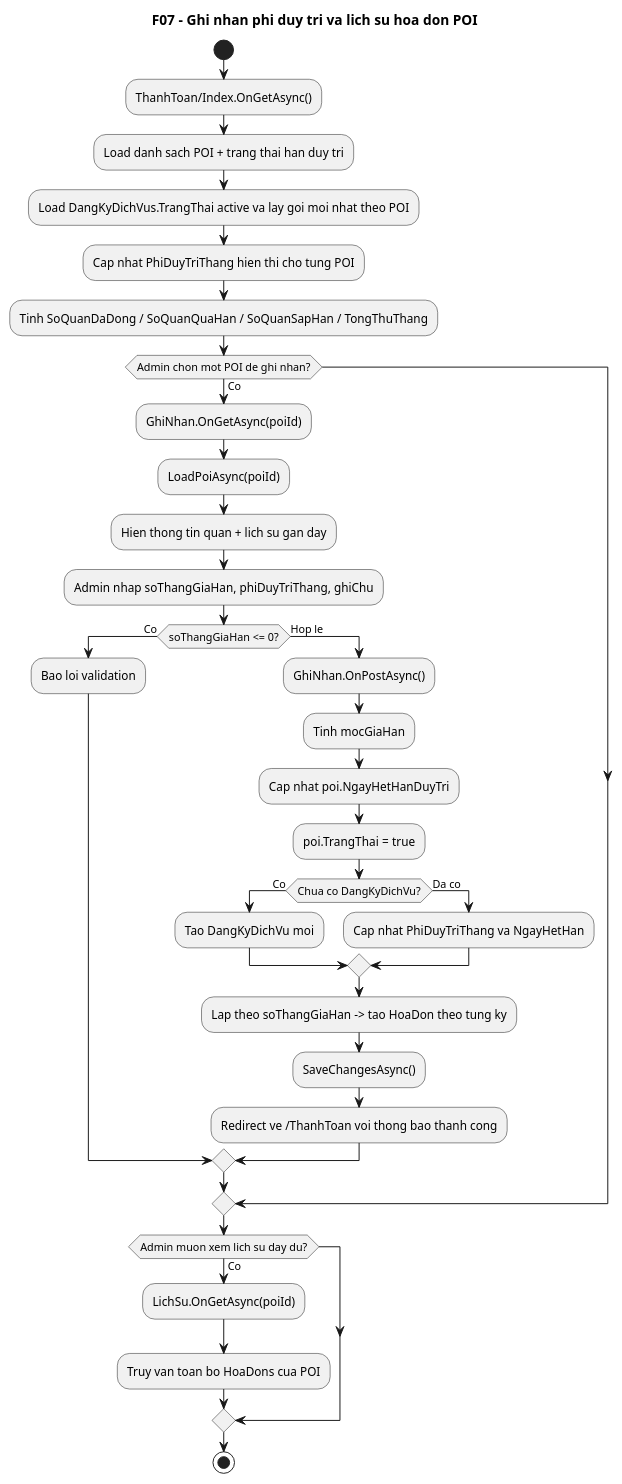
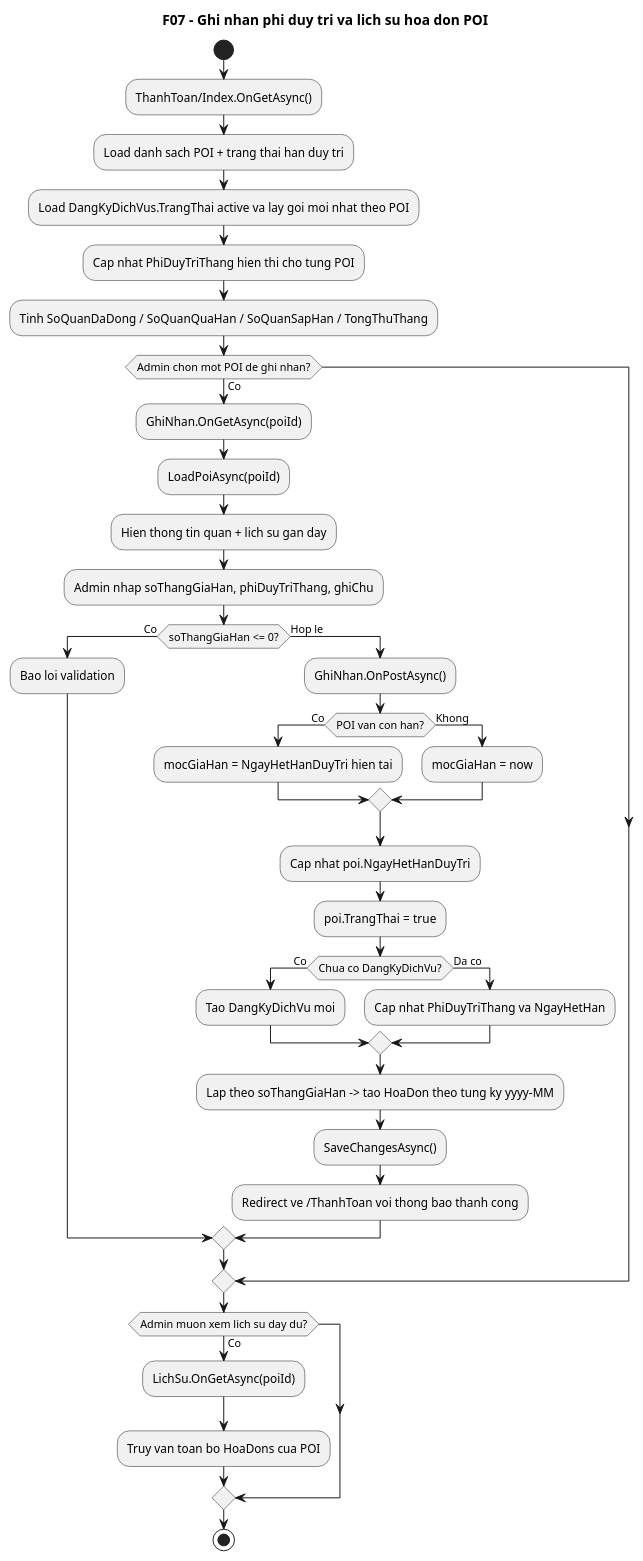
The diagram in docs/diagrams/07-maintenance-payment-activity.puml (VoBao182/PhoAmThuc), drawn with PlantUML before and after one commit. The commit also changed 11 other files, not shown here.

```diff
--- a/docs/diagrams/07-maintenance-payment-activity.puml
+++ b/docs/diagrams/07-maintenance-payment-activity.puml
@@ -1,51 +1,55 @@
 @startuml
 ' Diagram: F07 - Ghi nhan phi duy tri va lich su hoa don POI (Activity)
 ' Status: VERIFIED
 ' Baseline: branch master, current worktree @ HEAD 3158ff7
 ' Source:
 ' - VinhKhanhTour.CMS/Pages/ThanhToan/Index.cshtml.cs: OnGetAsync()
 ' - VinhKhanhTour.CMS/Pages/ThanhToan/GhiNhan.cshtml.cs: OnGetAsync(), OnPostAsync(), LoadPoiAsync()
 ' - VinhKhanhTour.CMS/Pages/ThanhToan/LichSu.cshtml.cs: OnGetAsync()
 ' - VinhKhanhTour.API/Models/POI.cs
 ' - VinhKhanhTour.API/Models/DangKyDichVu.cs
 ' - VinhKhanhTour.API/Models/HoaDon.cs
-' Note: Luong ghi nhan/gia han phi duy tri va truy van lich su hoa don da khop voi Razor PageModel hien tai.
+' Note: So do chi tiet hoa thong ke POI het han/sap han, gia han theo moc hien tai hoac ngay bay gio, va tao HoaDon theo tung ky thanh toan.
 title F07 - Ghi nhan phi duy tri va lich su hoa don POI
 start
 :ThanhToan/Index.OnGetAsync();
 :Load danh sach POI + trang thai han duy tri;
 :Load DangKyDichVus.TrangThai active va lay goi moi nhat theo POI;
 :Cap nhat PhiDuyTriThang hien thi cho tung POI;
 :Tinh SoQuanDaDong / SoQuanQuaHan / SoQuanSapHan / TongThuThang;
 
 if (Admin chon mot POI de ghi nhan?) then (Co)
   :GhiNhan.OnGetAsync(poiId);
   :LoadPoiAsync(poiId);
   :Hien thong tin quan + lich su gan day;
 
   :Admin nhap soThangGiaHan, phiDuyTriThang, ghiChu;
   if (soThangGiaHan <= 0?) then (Co)
     :Bao loi validation;
   else (Hop le)
     :GhiNhan.OnPostAsync();
-    :Tinh mocGiaHan;
+    if (POI van con han?) then (Co)
+      :mocGiaHan = NgayHetHanDuyTri hien tai;
+    else (Khong)
+      :mocGiaHan = now;
+    endif
     :Cap nhat poi.NgayHetHanDuyTri;
     :poi.TrangThai = true;
     if (Chua co DangKyDichVu?) then (Co)
       :Tao DangKyDichVu moi;
     else (Da co)
       :Cap nhat PhiDuyTriThang va NgayHetHan;
     endif
-    :Lap theo soThangGiaHan -> tao HoaDon theo tung ky;
+    :Lap theo soThangGiaHan -> tao HoaDon theo tung ky yyyy-MM;
     :SaveChangesAsync();
     :Redirect ve /ThanhToan voi thong bao thanh cong;
   endif
 endif
 
 if (Admin muon xem lich su day du?) then (Co)
   :LichSu.OnGetAsync(poiId);
   :Truy van toan bo HoaDons cua POI;
 endif
 
 stop
 @enduml
```
